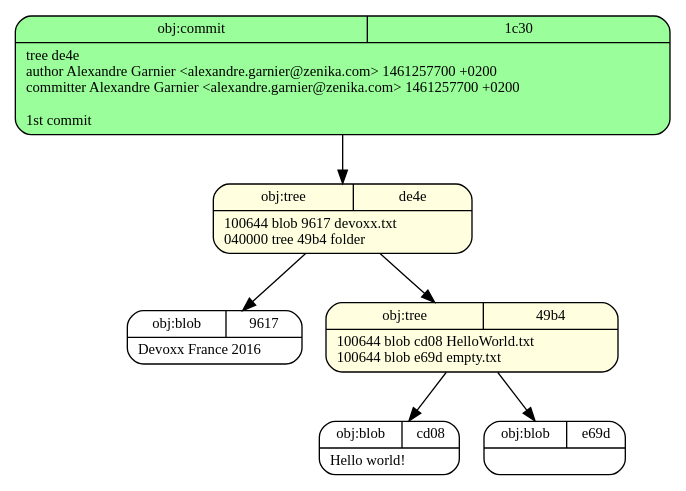
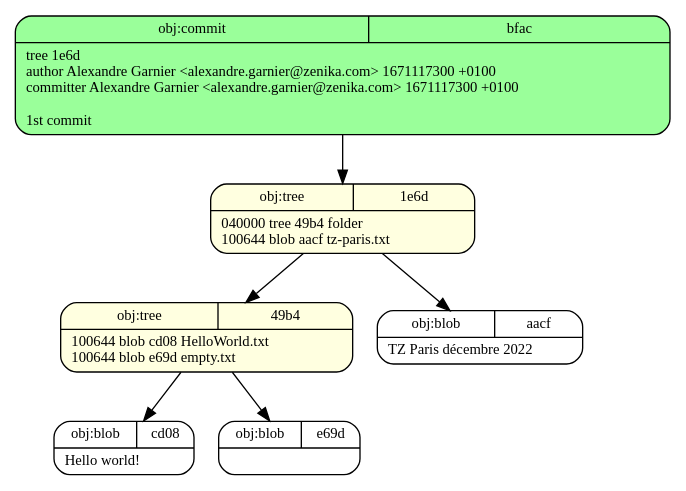
The diagram in create_commit.dot (zigarn/git-internals), drawn with Graphviz before and after one commit. The commit also changed 9 other files, not shown here.

```diff
--- a/create_commit.dot
+++ b/create_commit.dot
@@ -1,15 +1,15 @@
 digraph structs {
   node [shape=record,fontsize=11];
   rankdir="TB";
-  _1c30 [fillcolor="palegreen1", style="filled,rounded", label="{{obj:commit|1c30}|tree\ de4e\lauthor\ Alexandre\ Garnier\ \<alexandre\.garnier\@zenika\.com\>\ 1461257700\ \+0200\lcommitter\ Alexandre\ Garnier\ \<alexandre\.garnier\@zenika\.com\>\ 1461257700\ \+0200\l\l1st\ commit\l}"]
-  _1c30 -> _de4e
-  _de4e [fillcolor="lightyellow", style="filled,rounded", label="{{obj:tree|de4e}|100644\ blob\ 9617\	devoxx\.txt\l040000\ tree\ 49b4\	folder\l}"]
-  _de4e -> _9617
-  _de4e -> _49b4
+  _bfac [fillcolor="palegreen1", style="filled,rounded", label="{{obj:commit|bfac}|tree\ 1e6d\lauthor\ Alexandre\ Garnier\ \<alexandre\.garnier\@zenika\.com\>\ 1671117300\ \+0100\lcommitter\ Alexandre\ Garnier\ \<alexandre\.garnier\@zenika\.com\>\ 1671117300\ \+0100\l\l1st\ commit\l}"]
+  _bfac -> _1e6d
+  _1e6d [fillcolor="lightyellow", style="filled,rounded", label="{{obj:tree|1e6d}|040000\ tree\ 49b4\	folder\l100644\ blob\ aacf\	tz-paris\.txt\l}"]
+  _1e6d -> _49b4
+  _1e6d -> _aacf
   _cd08 [fillcolor="white", style="filled,rounded", label="{{obj:blob|cd08}|Hello\ world\!\l}"]
   _e69d [fillcolor="white", style="filled,rounded", label="{{obj:blob|e69d}|}"]
   _49b4 [fillcolor="lightyellow", style="filled,rounded", label="{{obj:tree|49b4}|100644\ blob\ cd08\	HelloWorld\.txt\l100644\ blob\ e69d\	empty\.txt\l}"]
   _49b4 -> _cd08
   _49b4 -> _e69d
-  _9617 [fillcolor="white", style="filled,rounded", label="{{obj:blob|9617}|Devoxx\ France\ 2016\l}"]
+  _aacf [fillcolor="white", style="filled,rounded", label="{{obj:blob|aacf}|TZ\ Paris\ décembre\ 2022\l}"]
 }
```
